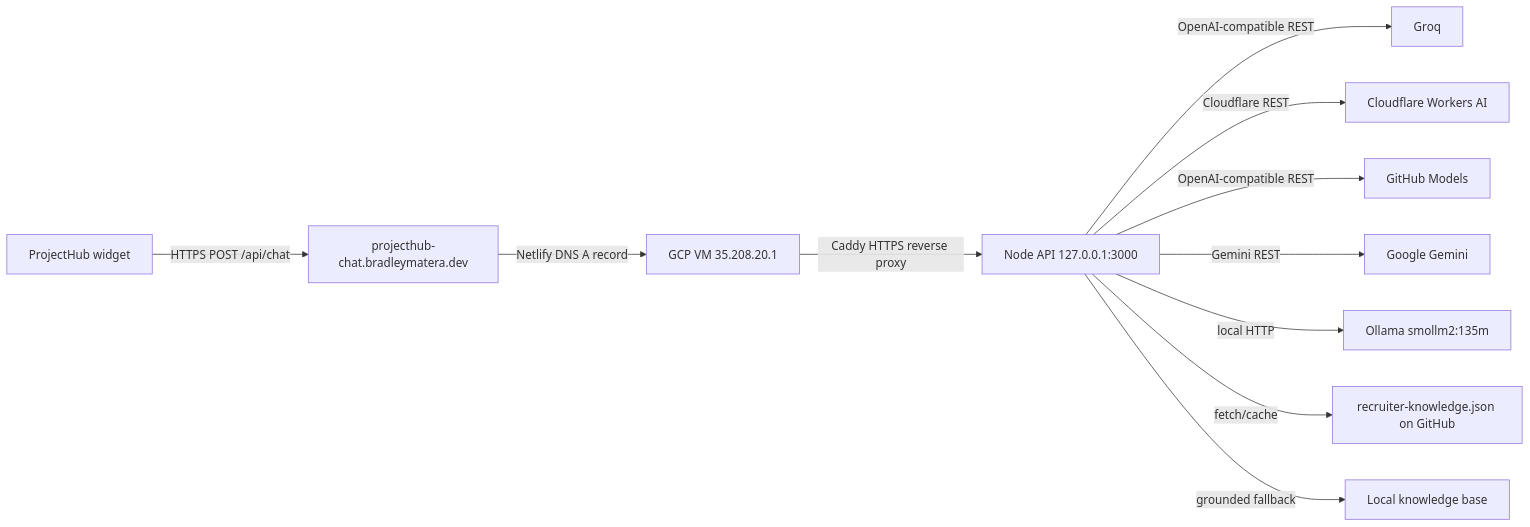
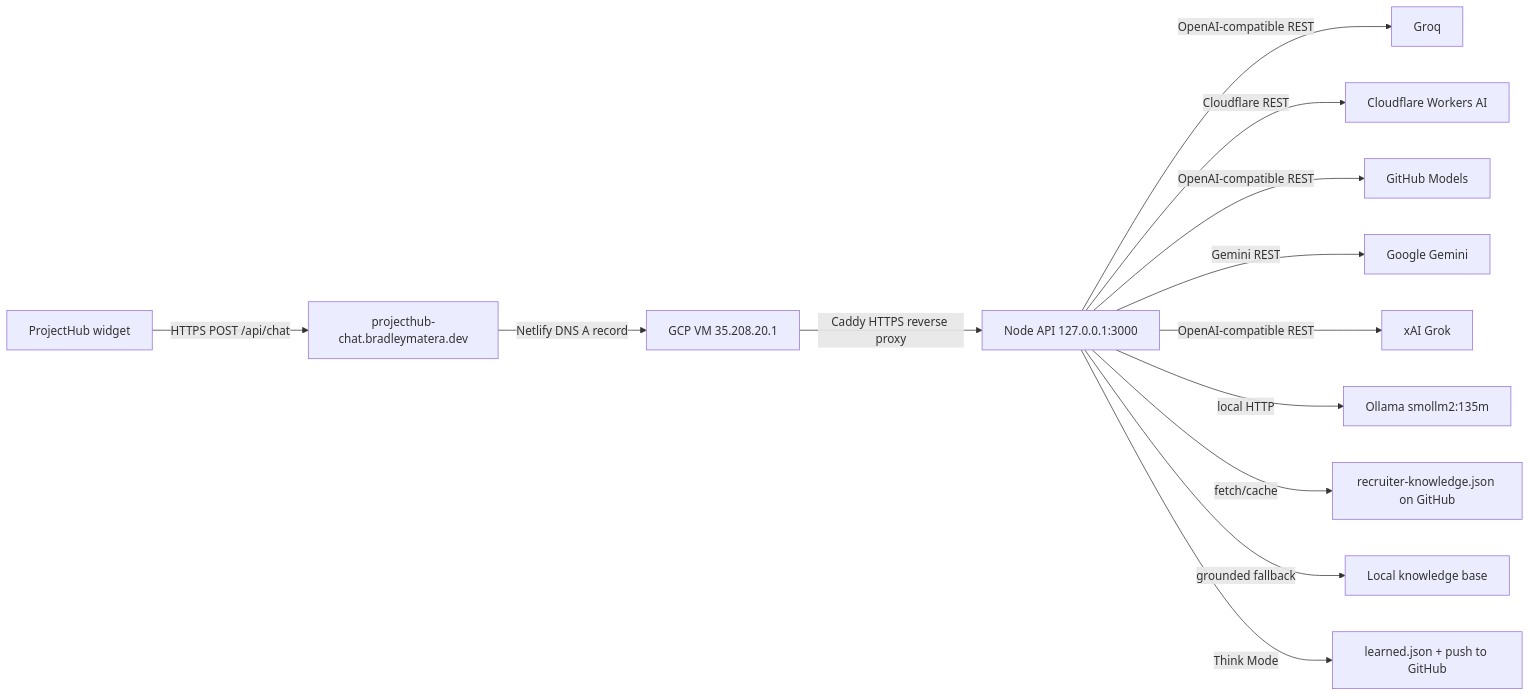
One commit to BradleyMatera/ProjectHub changed the diagram in docs/backend-guide.md. Above: the diagram before and after it, drawn with Mermaid. The commit also changed other lines of this file and 7 other files, not shown here.

````diff
--- a/docs/backend-guide.md
+++ b/docs/backend-guide.md
@@ -30,13 +30,15 @@
 ```mermaid
 flowchart LR
   A[ProjectHub widget] -- HTTPS POST /api/chat --> B[projecthub-chat.bradleymatera.dev]
   B -- Netlify DNS A record --> C[GCP VM 35.208.20.1]
   C -- Caddy HTTPS reverse proxy --> D[Node API 127.0.0.1:3000]
   D -- OpenAI-compatible REST --> E1[Groq]
   D -- Cloudflare REST --> E2[Cloudflare Workers AI]
   D -- OpenAI-compatible REST --> E3[GitHub Models]
   D -- Gemini REST --> E4[Google Gemini]
-  D -- local HTTP --> E5[Ollama smollm2:135m]
+  D -- OpenAI-compatible REST --> E5[xAI Grok]
+  D -- local HTTP --> E6[Ollama smollm2:135m]
   D -- fetch/cache --> F[recruiter-knowledge.json on GitHub]
   D -- grounded fallback --> G[Local knowledge base]
+  D -- Think Mode --> H[learned.json + push to GitHub]
 ```
````
